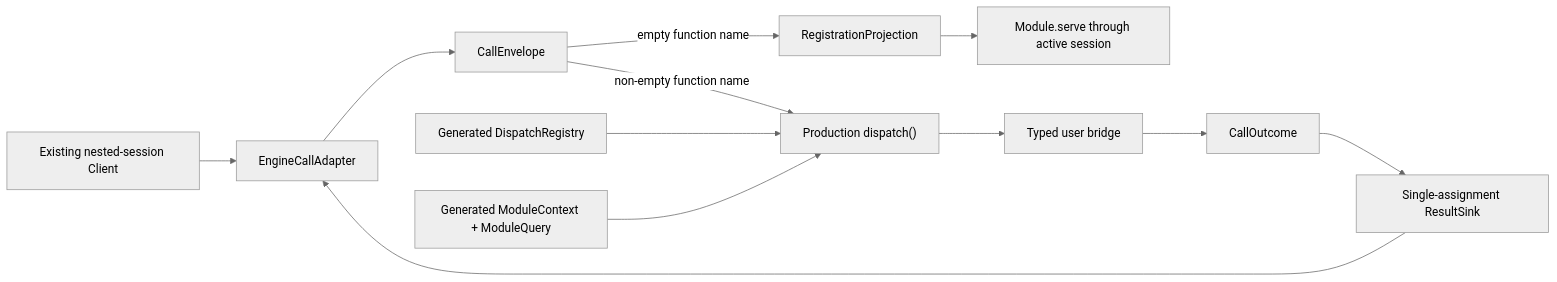
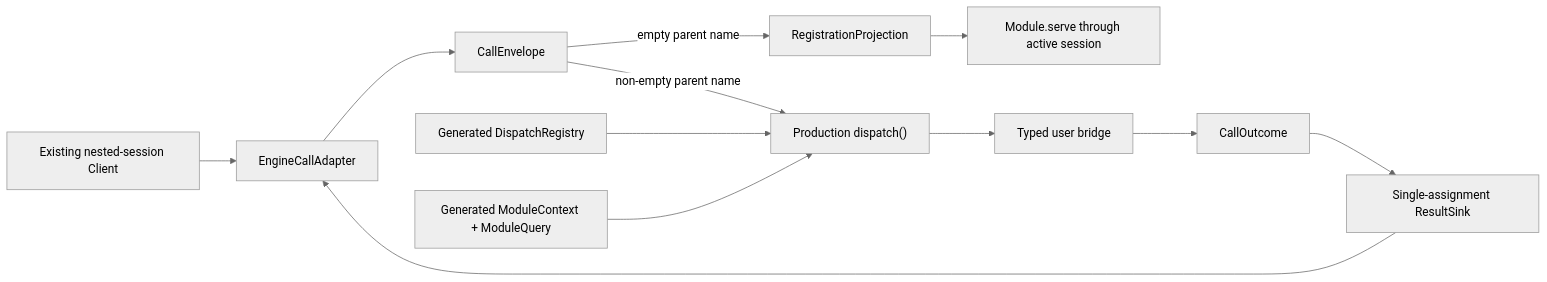
The second of 2 diagrams in .kiro/specs/rust-sdk-module-authoring/design.md (tokeira/dagger-rust-sdk), drawn with Mermaid (neutral theme) before and after one commit. The commit also changed other lines of this file and 36 other files, not shown here.

````diff
--- a/.kiro/specs/rust-sdk-module-authoring/design.md
+++ b/.kiro/specs/rust-sdk-module-authoring/design.md
@@ -328,14 +328,14 @@
 ```mermaid
 flowchart LR
     E["Existing nested-session Client"] --> A["EngineCallAdapter"]
     A --> C["CallEnvelope"]
-    C -->|"empty function name"| R["RegistrationProjection"]
-    C -->|"non-empty function name"| D["Production dispatch()"]
+    C -->|"empty parent name"| R["RegistrationProjection"]
+    C -->|"non-empty parent name"| D["Production dispatch()"]
     R --> S["Module.serve through active session"]
     G["Generated DispatchRegistry"] --> D
     M["Generated ModuleContext + ModuleQuery"] --> D
     D --> U["Typed user bridge"]
     U --> O["CallOutcome"]
     O --> K["Single-assignment ResultSink"]
     K --> A
 ```
````
